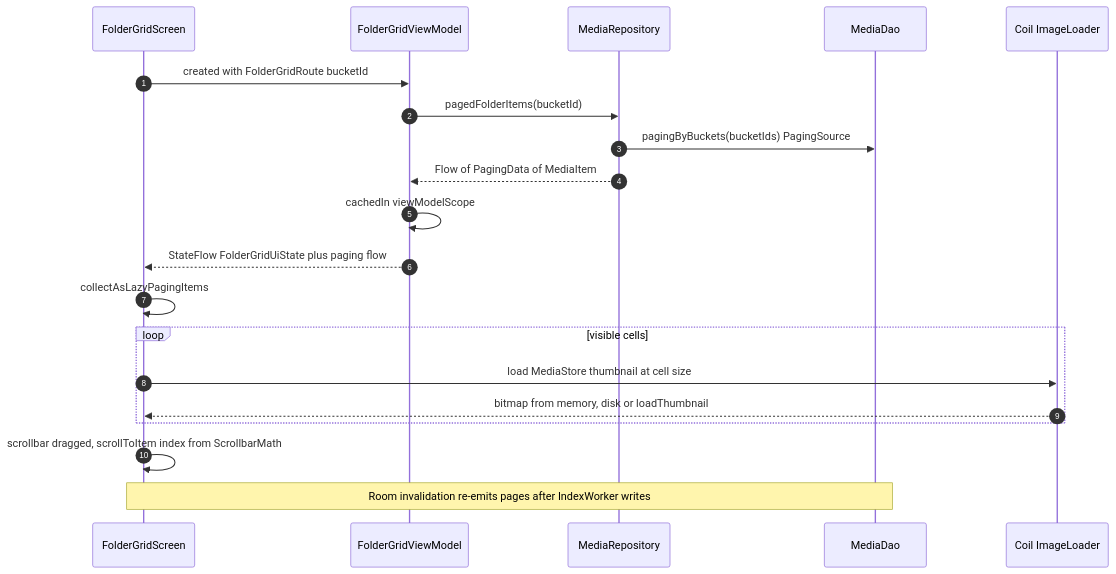
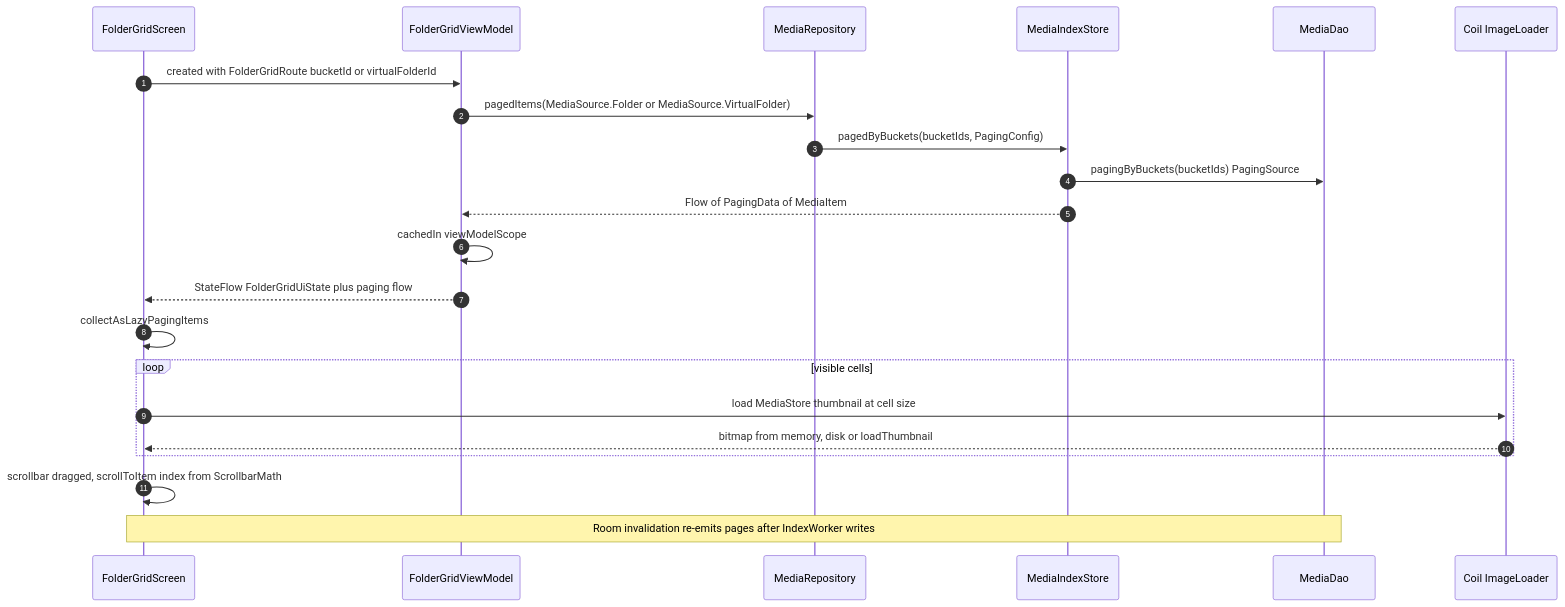
The fifth of 13 diagrams in docs/ARCHITECTURE.md (drehtuer/NextGalleryApp), drawn with Mermaid before and after one commit. The commit also changed other lines of this file and 9 other files, not shown here.

````diff
--- a/docs/ARCHITECTURE.md
+++ b/docs/ARCHITECTURE.md
@@ -569,23 +589,25 @@
 ```mermaid
 sequenceDiagram
     autonumber
     participant UI as FolderGridScreen
     participant VM as FolderGridViewModel
     participant Repo as MediaRepository
+    participant Store as MediaIndexStore
     participant DAO as MediaDao
     participant Coil as Coil ImageLoader
 
-    UI->>VM: created with FolderGridRoute bucketId
-    VM->>Repo: pagedFolderItems(bucketId)
-    Repo->>DAO: pagingByBuckets(bucketIds) PagingSource
-    Repo-->>VM: Flow of PagingData of MediaItem
+    UI->>VM: created with FolderGridRoute bucketId or virtualFolderId
+    VM->>Repo: pagedItems(MediaSource.Folder or MediaSource.VirtualFolder)
+    Repo->>Store: pagedByBuckets(bucketIds, PagingConfig)
+    Store->>DAO: pagingByBuckets(bucketIds) PagingSource
+    Store-->>VM: Flow of PagingData of MediaItem
     VM->>VM: cachedIn viewModelScope
     VM-->>UI: StateFlow FolderGridUiState plus paging flow
     UI->>UI: collectAsLazyPagingItems
     loop visible cells
         UI->>Coil: load MediaStore thumbnail at cell size
         Coil-->>UI: bitmap from memory, disk or loadThumbnail
     end
     UI->>UI: scrollbar dragged, scrollToItem index from ScrollbarMath
     Note over DAO,UI: Room invalidation re-emits pages after IndexWorker writes
 ```
````
